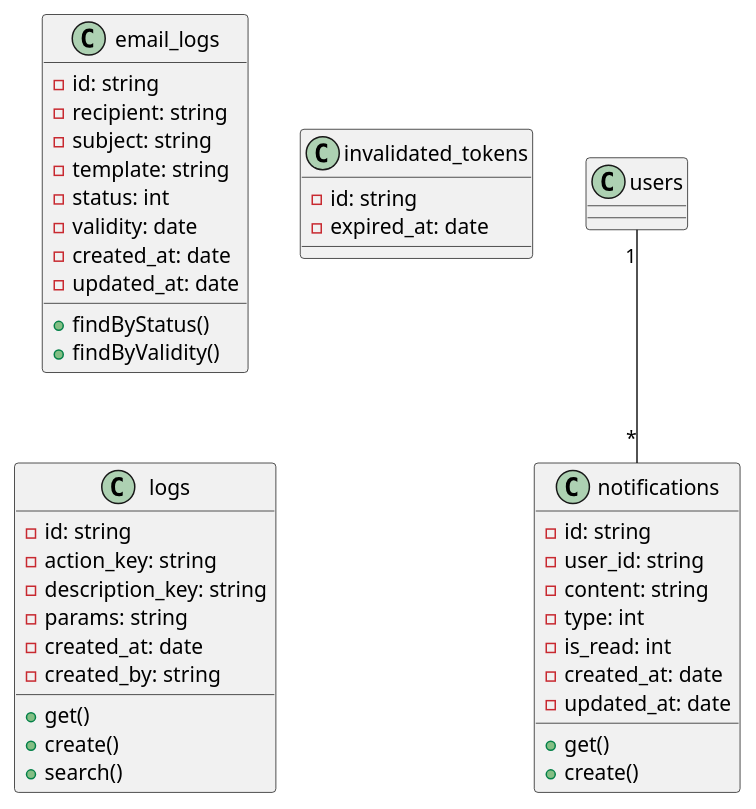
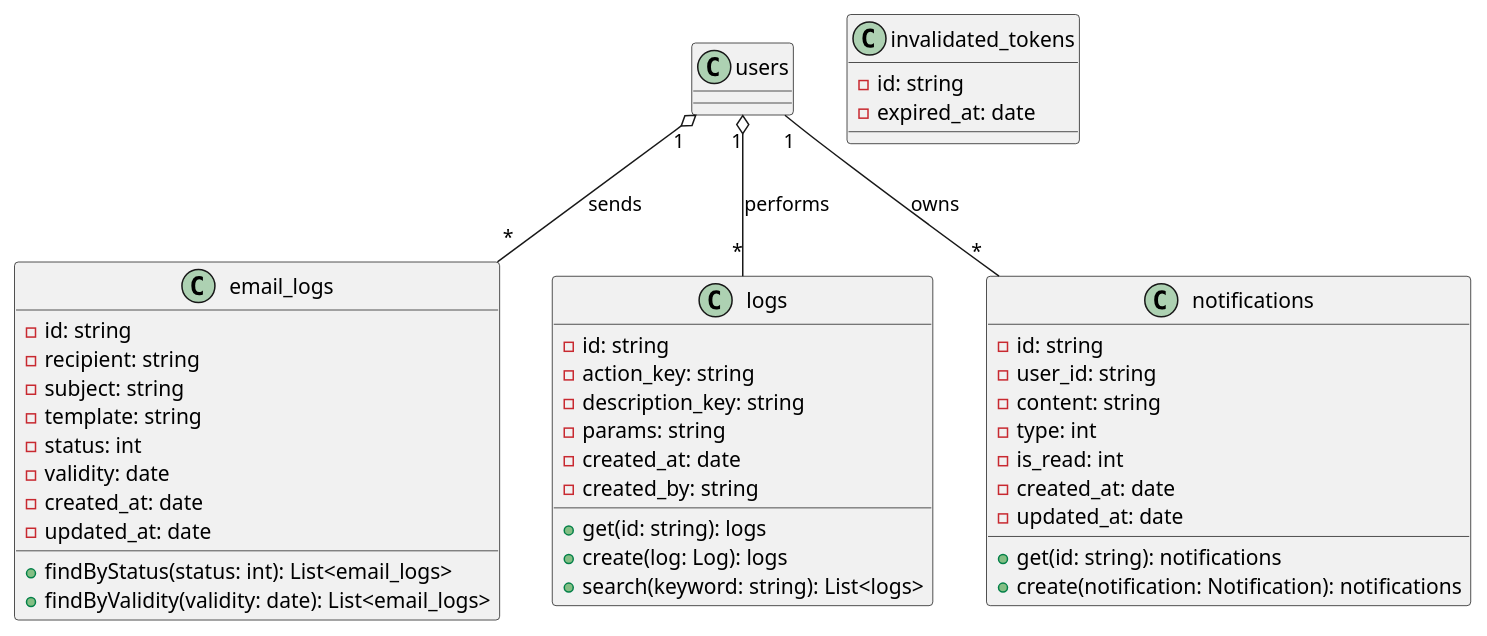
One commit to khanh-nd1204/book-app changed the diagram in app-service/document/class/system.puml. Above: the diagram before and after it, drawn with PlantUML. The commit also changed 10 other files, not shown here.

```diff
--- a/app-service/document/class/system.puml
+++ b/app-service/document/class/system.puml
@@ -1,47 +1,57 @@
 @startuml
 
 class email_logs {
     - id: string
     - recipient: string
     - subject: string
     - template: string
     - status: int
     - validity: date
     - created_at: date
     - updated_at: date
-    + findByStatus()
-    + findByValidity()
+    + findByStatus(status: int): List<email_logs>
+    + findByValidity(validity: date): List<email_logs>
 }
 
 class invalidated_tokens {
     - id: string
     - expired_at: date
 }
 
 class logs {
     - id: string
     - action_key: string
     - description_key: string
     - params: string
     - created_at: date
     - created_by: string
-    + get()
-    + create()
-    + search()
+    + get(id: string): logs
+    + create(log: Log): logs
+    + search(keyword: string): List<logs>
 }
 
 class notifications {
     - id: string
     - user_id: string
     - content: string
     - type: int
     - is_read: int
     - created_at: date
     - updated_at: date
-    + get()
-    + create()
+    + get(id: string): notifications
+    + create(notification: Notification): notifications
 }
 
-users "1" -- "*" notifications
+class users {
+
+}
+
+users "1" -- "*" notifications : owns
+
+' Nếu logs có thể ghi lại hành động của user, thêm quan hệ Aggregation:
+users "1" o-- "*" logs : performs
+
+' Nếu email_logs liên quan đến user recipient:
+users "1" o-- "*" email_logs : sends
 
 @enduml
```
